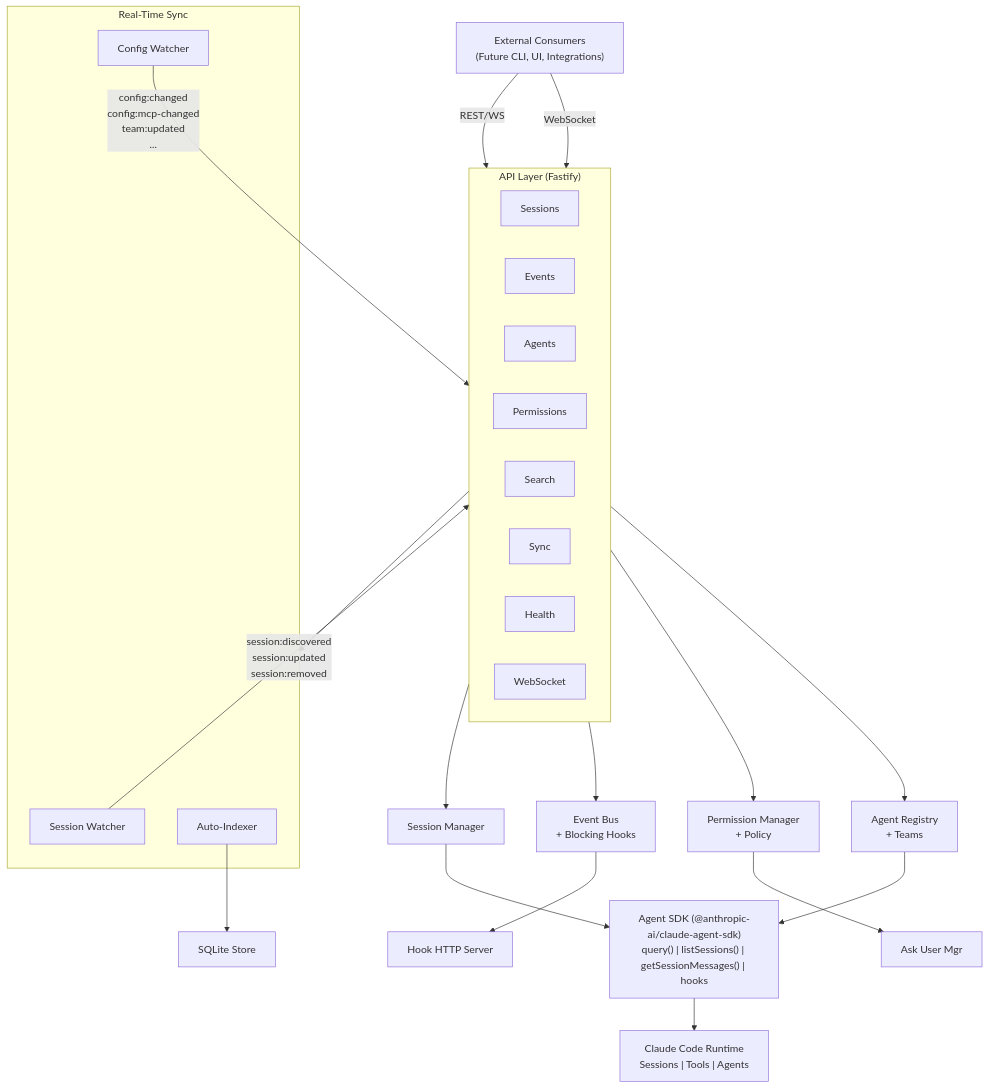
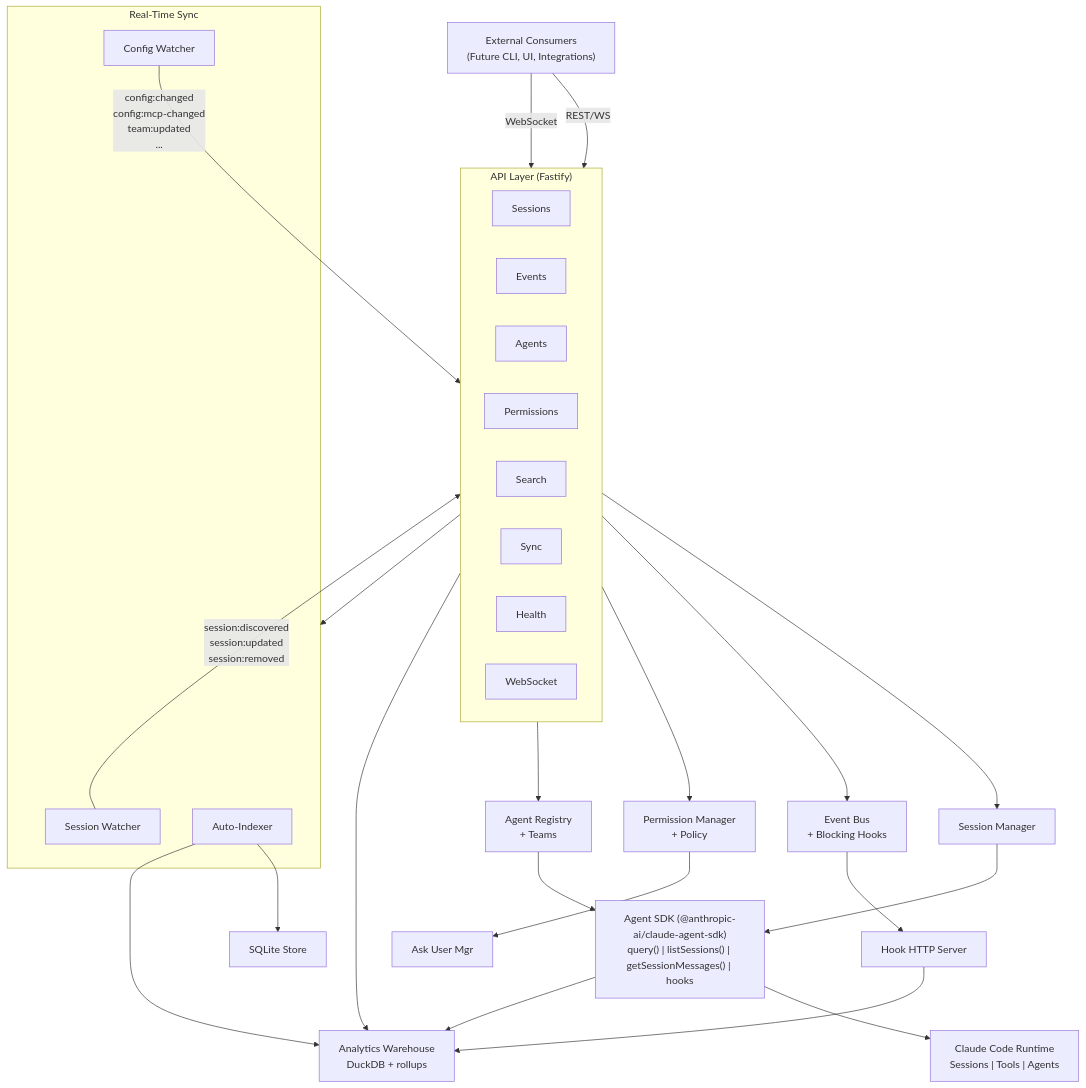
Before and after one commit to juanbermudez/cc-middleware: the first of 4 diagrams in docs/architecture/README.md, drawn with Mermaid. The commit also changed other lines of this file and 163 other files, not shown here.

````diff
--- a/docs/architecture/README.md
+++ b/docs/architecture/README.md
@@ -7,42 +7,46 @@
 ```mermaid
 graph TD
     EC["External Consumers<br/>(Future CLI, UI, Integrations)"]
     EC -->|"REST/WS"| API
     EC -->|"WebSocket"| API
 
     subgraph API["API Layer (Fastify)"]
         direction LR
         Sessions
         Events
         Agents
         Permissions
         Search
         Sync
         Health
         WS["WebSocket"]
     end
 
     API --> SM["Session Manager"]
     API --> EB["Event Bus<br/>+ Blocking Hooks"]
     API --> PM["Permission Manager<br/>+ Policy"]
     API --> AR["Agent Registry<br/>+ Teams"]
     API --> RS["Real-Time Sync"]
+    API --> AW["Analytics Warehouse<br/>DuckDB + rollups"]
 
     EB --> HookHTTP["Hook HTTP Server"]
     PM --> AskUser["Ask User Mgr"]
 
     subgraph RS["Real-Time Sync"]
         SW["Session Watcher"]
         CW["Config Watcher"]
         AI["Auto-Indexer"]
     end
 
     SW -->|"session:discovered<br/>session:updated<br/>session:removed"| WS
     CW -->|"config:changed<br/>config:mcp-changed<br/>team:updated<br/>..."| WS
     AI --> Store["SQLite Store"]
+    AI --> AW
 
     SM --> SDK["Agent SDK (@anthropic-ai/claude-agent-sdk)<br/>query() | listSessions() | getSessionMessages() | hooks"]
     AR --> SDK
 
     SDK --> CC["Claude Code Runtime<br/>Sessions | Tools | Agents"]
+    SDK --> AW
+    HookHTTP --> AW
 ```
````
